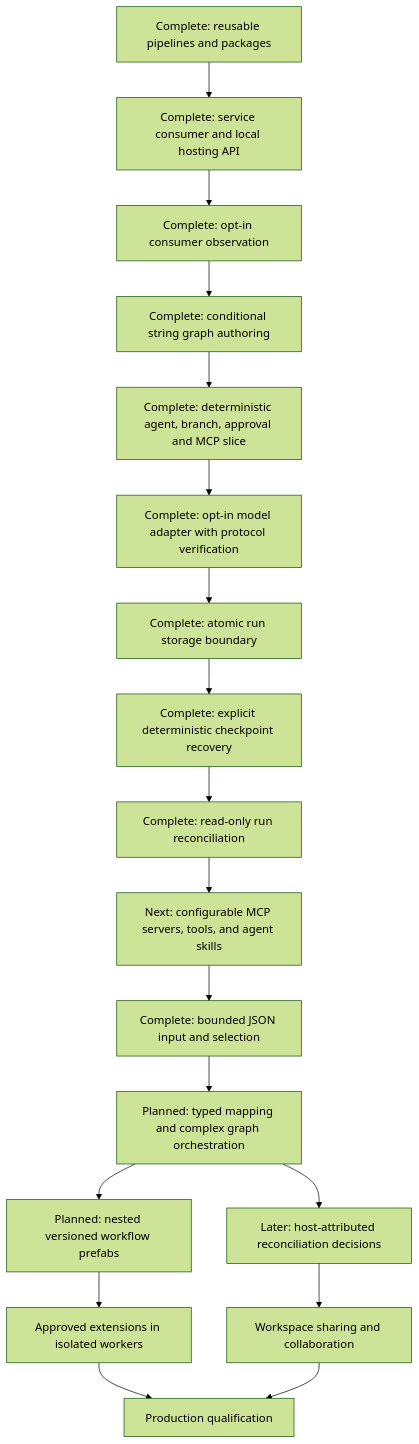
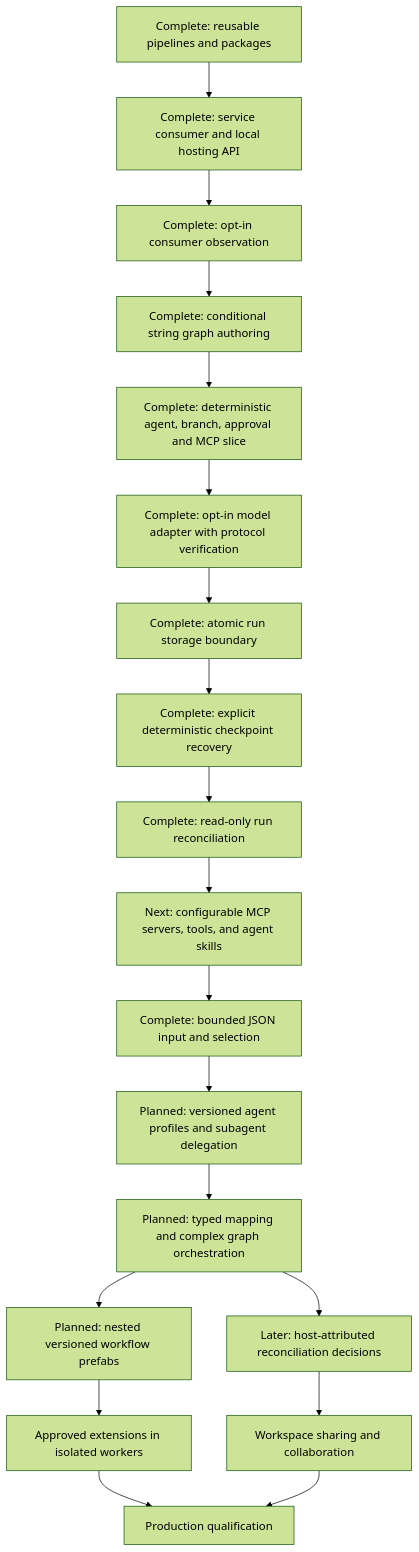
Before and after one commit to gnalvesteffer/visual-agent-workflow: the diagram in docs/roadmap.md, drawn with Mermaid (forest theme). The commit also changed other lines of this file and 1 other file, not shown here.

Commit message:
Plan versioned agent delegation milestone

````diff
--- a/docs/roadmap.md
+++ b/docs/roadmap.md
@@ -78,20 +78,21 @@
 ```mermaid
 flowchart TD
     Reuse["Complete: reusable pipelines and packages"] --> Hosting["Complete: service consumer and local hosting API"]
     Hosting --> Observe["Complete: opt-in consumer observation"]
     Observe --> Graph["Complete: conditional string graph authoring"]
     Graph --> Vertical["Complete: deterministic agent, branch, approval and MCP slice"]
     Vertical --> Models["Complete: opt-in model adapter with protocol verification"]
     Models --> Store["Complete: atomic run storage boundary"]
     Store --> Recovery["Complete: explicit deterministic checkpoint recovery"]
     Recovery --> Assess["Complete: read-only run reconciliation"]
     Assess --> Agents["Next: configurable MCP servers, tools, and agent skills"]
     Agents --> JsonData["Complete: bounded JSON input and selection"]
-    JsonData --> Orchestration["Planned: typed mapping and complex graph orchestration"]
+    JsonData --> Delegation["Planned: versioned agent profiles and subagent delegation"]
+    Delegation --> Orchestration["Planned: typed mapping and complex graph orchestration"]
     Orchestration --> Assets["Planned: nested versioned workflow prefabs"]
     Orchestration --> Durable["Later: host-attributed reconciliation decisions"]
     Assets --> Extensions["Approved extensions in isolated workers"]
     Durable --> Collaboration["Workspace sharing and collaboration"]
     Extensions --> Production["Production qualification"]
     Collaboration --> Production
 ```
````
